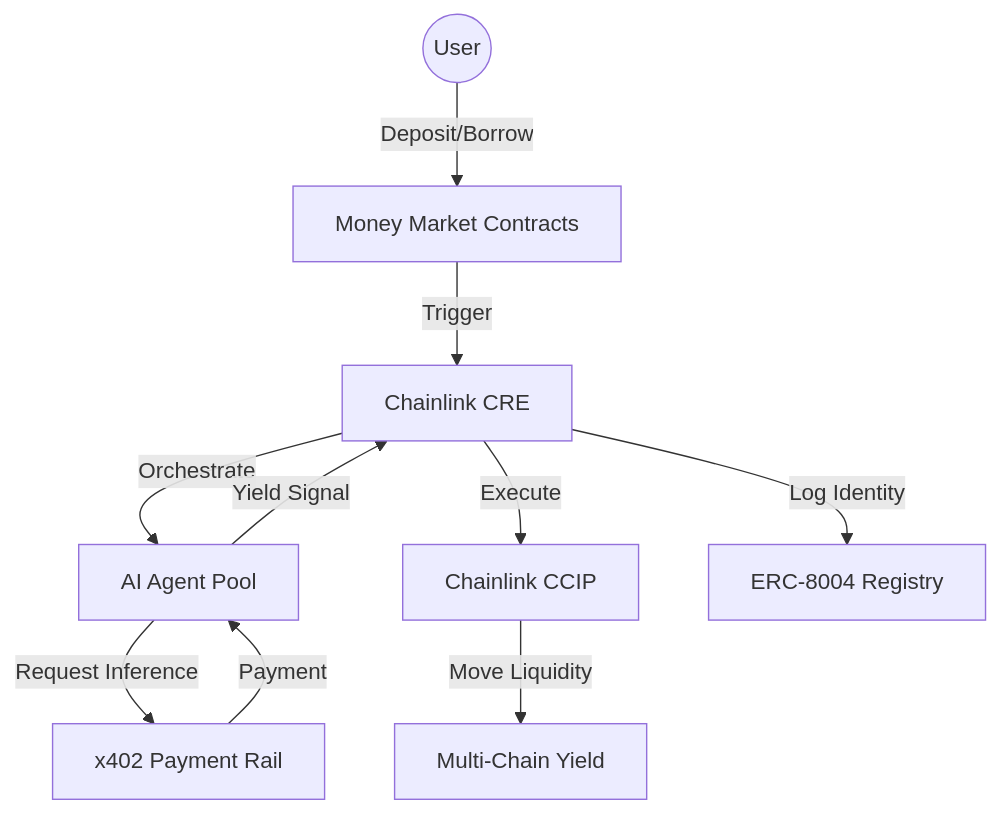
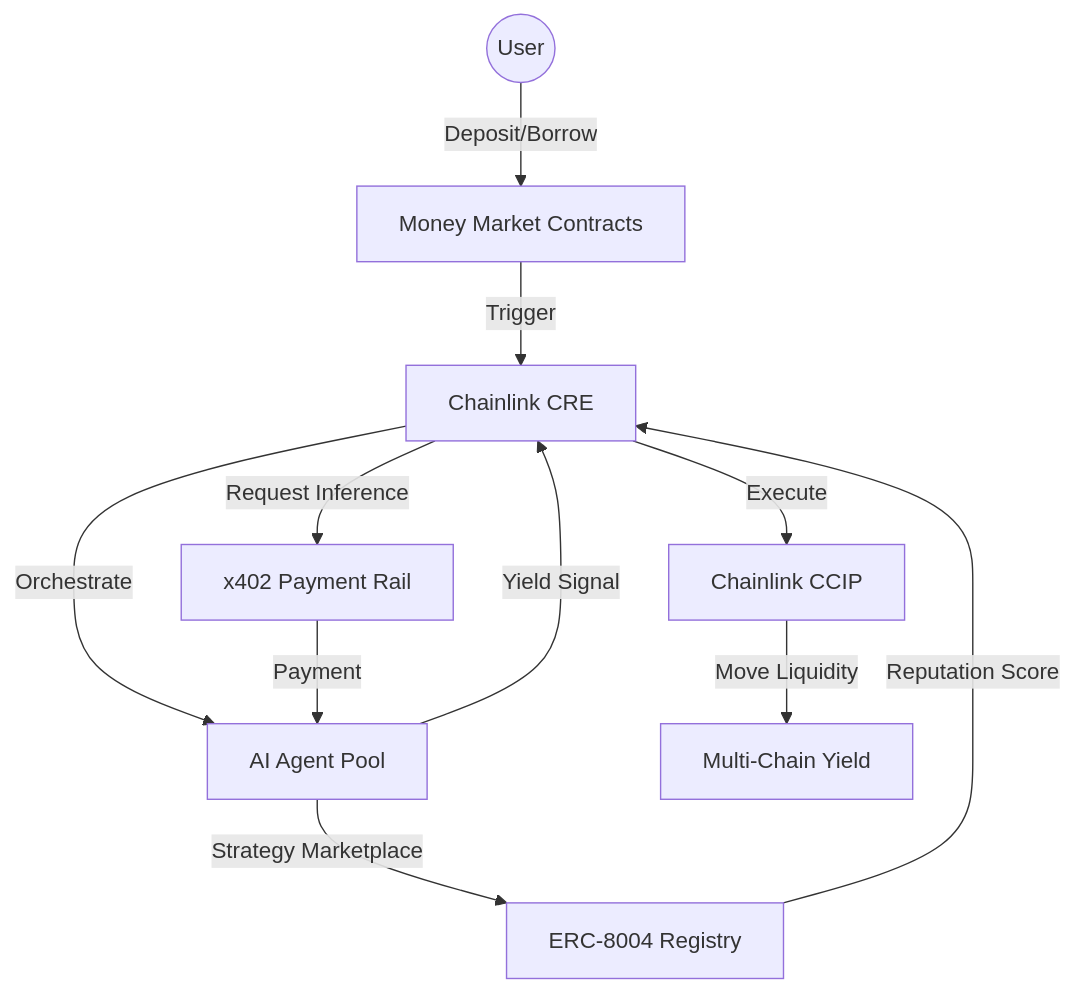
Before and after one commit to BitBand-Labs/aion-yields: the diagram in README.md, drawn with Mermaid. The commit also changed other lines of this file, not shown here.

Commit message:
docs: premiumize root README with studio-grade vision and advanced feature roadmap

````diff
--- a/README.md
+++ b/README.md
@@ -28,12 +29,13 @@
 ```mermaid
 flowchart TD
     User((User)) -->|Deposit/Borrow| MM[Money Market Contracts]
     MM -->|Trigger| CRE[Chainlink CRE]
     CRE -->|Orchestrate| AI[AI Agent Pool]
-    AI -->|Request Inference| x402[x402 Payment Rail]
+    AI -->|Strategy Marketplace| Registry[ERC-8004 Registry]
+    Registry -->|Reputation Score| CRE
+    CRE -->|Request Inference| x402[x402 Payment Rail]
     x402 -->|Payment| AI
     AI -->|Yield Signal| CRE
     CRE -->|Execute| CCIP[Chainlink CCIP]
     CCIP -->|Move Liquidity| CrossChain[Multi-Chain Yield]
-    CRE -->|Log Identity| ERC8004[ERC-8004 Registry]
 ```
````
